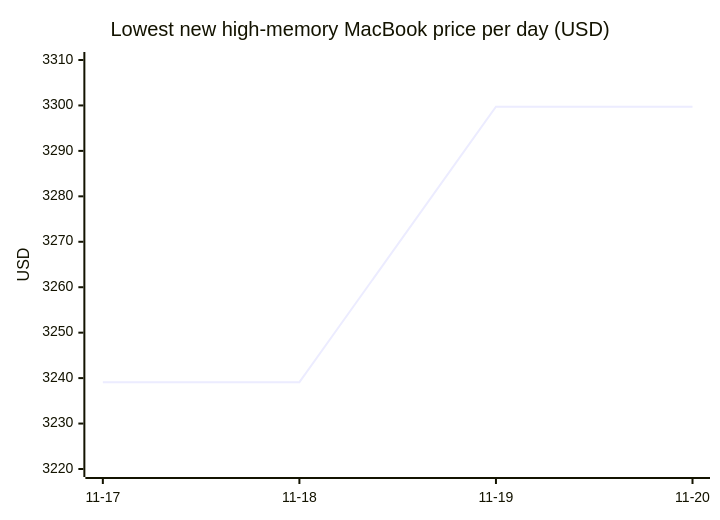
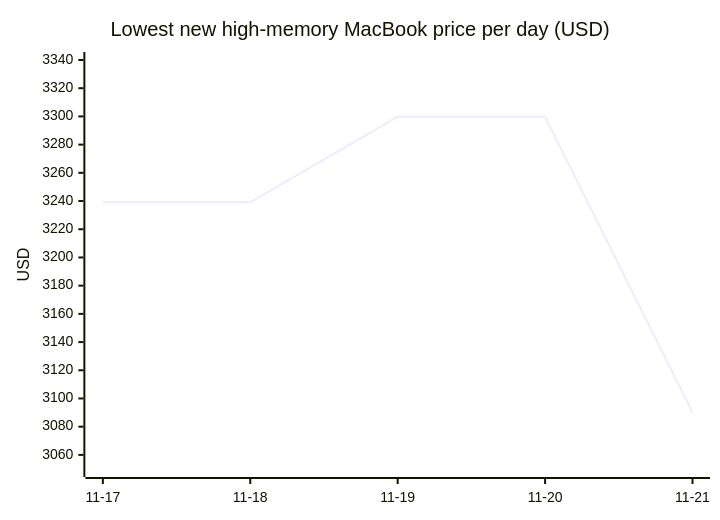
Diagram 17 of 18 in README.md (7324136828/4tb_ssd_price_watch), drawn with Mermaid before and after one commit. The commit also changed other lines of this file, not shown here.

````diff
--- a/README.md
+++ b/README.md
@@ -1311,7 +1373,7 @@
 ```mermaid
 xychart-beta
     title "Lowest new high-memory MacBook price per day (USD)"
-    x-axis ["11-17", "11-18", "11-19", "11-20"]
-    y-axis "USD" 3220 --> 3310
-    line [3239.09, 3239.10, 3299.74, 3299.74]
+    x-axis ["11-17", "11-18", "11-19", "11-20", "11-21"]
+    y-axis "USD" 3050 --> 3340
+    line [3239.09, 3239.10, 3299.74, 3299.74, 3089.95]
 ```
````
